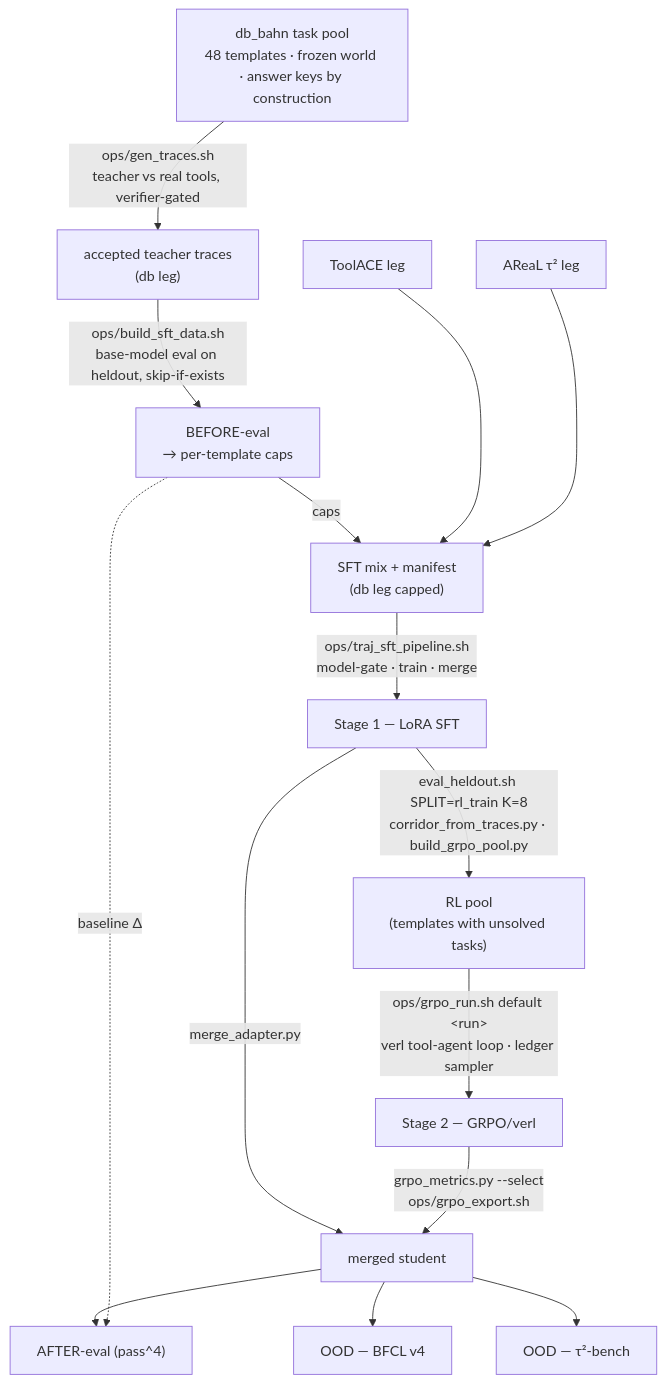
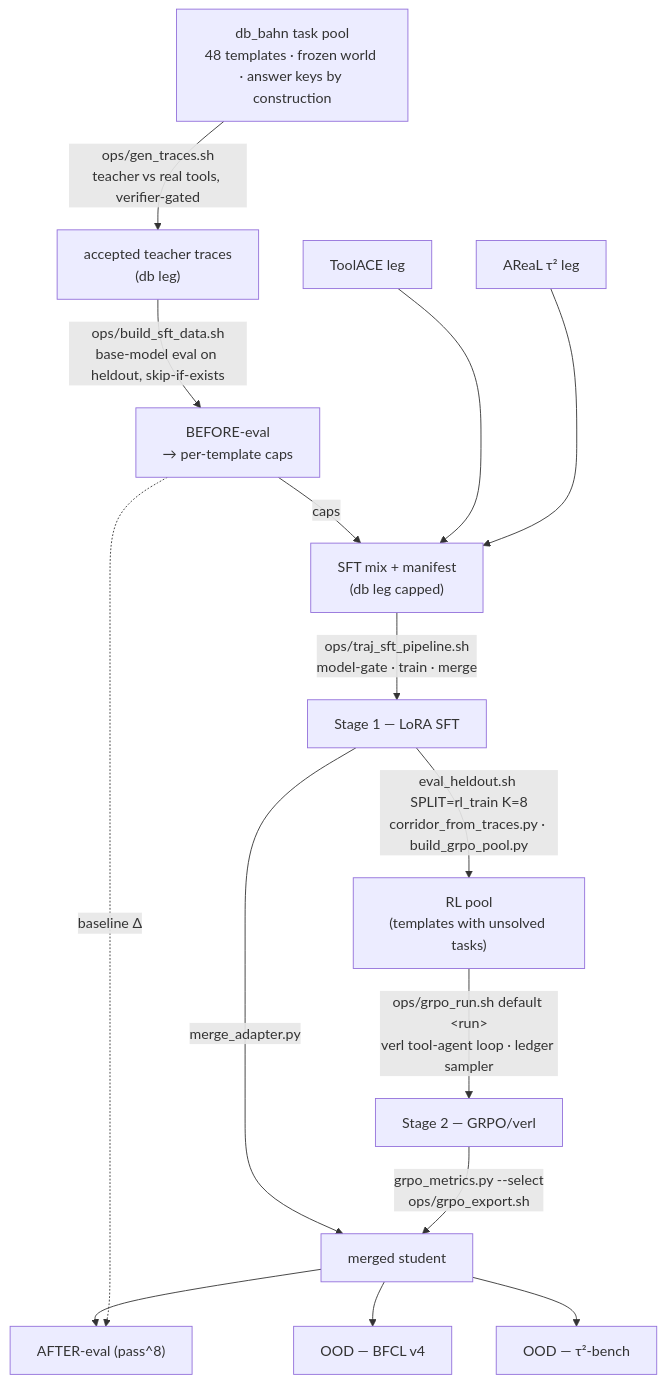
Before and after one commit to JanneckGit/slm-agentic-training-pipeline: the diagram in README.md, drawn with Mermaid. The commit also changed other lines of this file and 7 other files, not shown here.

````diff
--- a/README.md
+++ b/README.md
@@ -40,24 +40,24 @@
 ```mermaid
 flowchart TD
     TASKS["db_bahn task pool<br/>48 templates · frozen world · answer keys by construction"]
     TASKS -->|"ops/gen_traces.sh<br/>teacher vs real tools, verifier-gated"| TRACES["accepted teacher traces<br/>(db leg)"]
     TOOLACE["ToolACE leg"]
     AREAL["AReaL τ² leg"]
     TASKS ~~~ TOOLACE
     TASKS ~~~ AREAL
     TRACES -->|"ops/build_sft_data.sh<br/>base-model eval on heldout, skip-if-exists"| EVAL["BEFORE-eval<br/>→ per-template caps"]
     TOOLACE ~~~ EVAL
     AREAL ~~~ EVAL
     EVAL -->|caps| MIX["SFT mix + manifest<br/>(db leg capped)"]
     TOOLACE --> MIX
     AREAL --> MIX
     MIX -->|"ops/traj_sft_pipeline.sh<br/>model-gate · train · merge"| SFT["Stage 1 — LoRA SFT"]
     SFT -->|"eval_heldout.sh SPLIT=rl_train K=8<br/>corridor_from_traces.py · build_grpo_pool.py"| POOL["RL pool<br/>(templates with unsolved tasks)"]
     POOL -->|"ops/grpo_run.sh default &lt;run&gt;<br/>verl tool-agent loop · ledger sampler"| RL["Stage 2 — GRPO/verl"]
     SFT -->|merge_adapter.py| STUDENT["merged student"]
     RL -->|"grpo_metrics.py --select<br/>ops/grpo_export.sh"| STUDENT
-    STUDENT --> AFTER["AFTER-eval (pass^4)"]
+    STUDENT --> AFTER["AFTER-eval (pass^8)"]
     STUDENT --> BFCL["OOD — BFCL v4"]
     STUDENT --> TAU2["OOD — τ²-bench"]
     EVAL -.->|"baseline Δ"| AFTER
 ```
````
